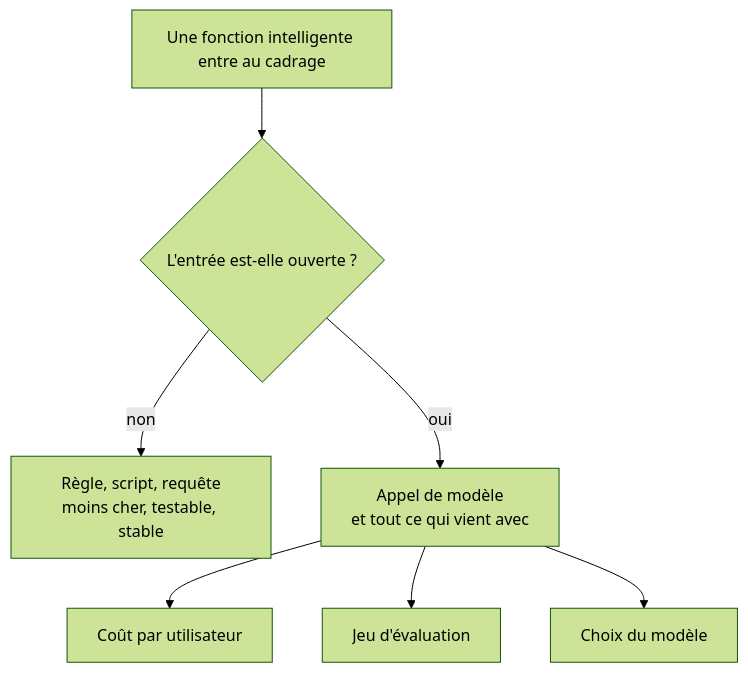
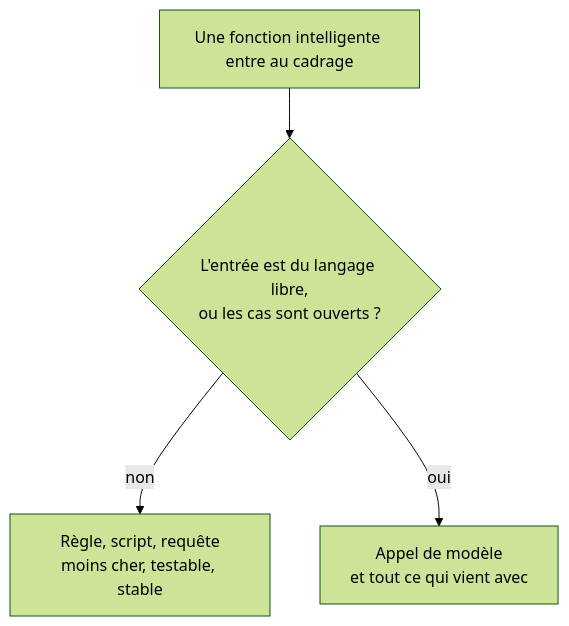
One commit to floSa/Atlas-Metiers-Roadmaps changed the first of 2 diagrams in content/parcours/ai-product-builder/quand-le-produit-embarque-un-modele/regle-ou-modele.md. Above: the diagram before and after it, drawn with Mermaid (forest theme). The commit also changed other lines of this file, not shown here.

````diff
--- a/content/parcours/ai-product-builder/quand-le-produit-embarque-un-modele/regle-ou-modele.md
+++ b/content/parcours/ai-product-builder/quand-le-produit-embarque-un-modele/regle-ou-modele.md
@@ -7,9 +7,6 @@
 ```mermaid
 flowchart TD
-  F["Une fonction intelligente entre au cadrage"] --> Q{"L'entrée est-elle ouverte ?"}
+  F["Une fonction intelligente entre au cadrage"] --> Q{"L'entrée est du langage libre,<br/>ou les cas sont ouverts ?"}
   Q -->|"non"| D["Règle, script, requête<br/>moins cher, testable, stable"]
   Q -->|"oui"| M["Appel de modèle<br/>et tout ce qui vient avec"]
-  M --> C["Coût par utilisateur"]
-  M --> E["Jeu d'évaluation"]
-  M --> S["Choix du modèle"]
 ```
````
